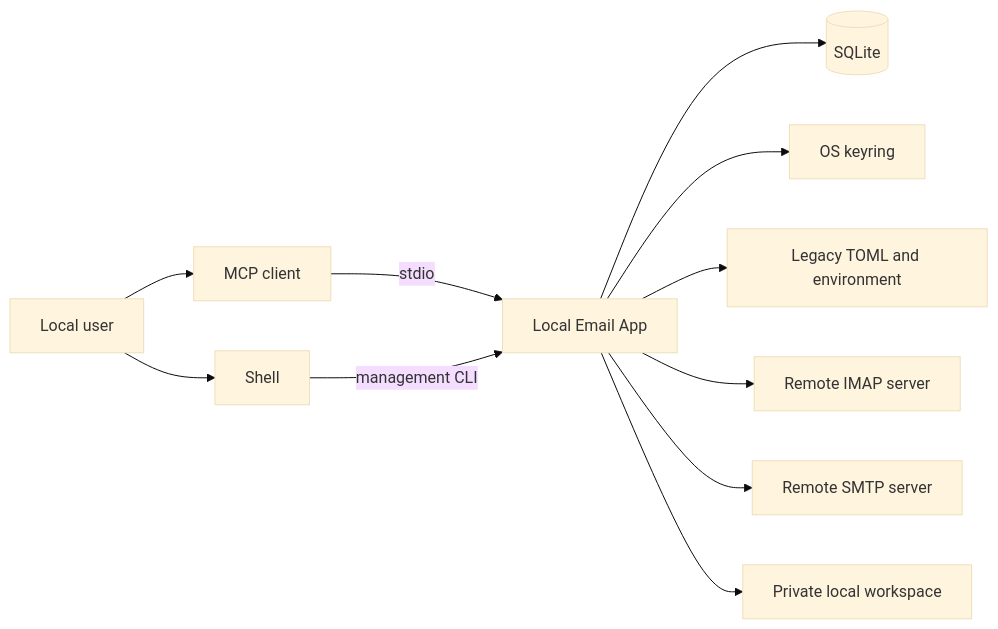
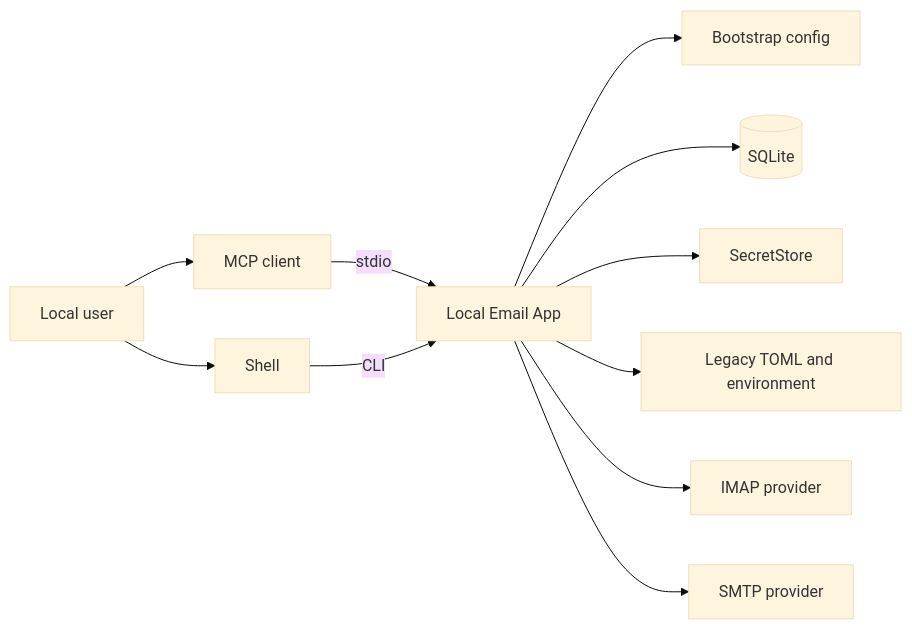
Before and after one commit to Wh1isper/mcp-email-server: the first of 2 diagrams in spec/01-system-context.md, drawn with Mermaid (base theme). The commit also changed other lines of this file and 14 other files, not shown here.

Commit message:
refactor: establish local email app MVP baseline

````diff
--- a/spec/01-system-context.md
+++ b/spec/01-system-context.md
@@ -22,24 +17,24 @@
 ```mermaid
 flowchart LR
     USER[Local user]
-    MCP_CLIENT[MCP client]
+    CLIENT[MCP client]
     SHELL[Shell]
     APP[Local Email App]
-    SQLITE[(SQLite)]
-    KEYRING[OS keyring]
+    BOOT[Bootstrap config]
+    DB[(SQLite)]
+    SECRETS[SecretStore]
     LEGACY[Legacy TOML and environment]
-    IMAP[Remote IMAP server]
-    SMTP[Remote SMTP server]
-    WORKSPACE[Private local workspace]
+    IMAP[IMAP provider]
+    SMTP[SMTP provider]
 
-    USER --> MCP_CLIENT
+    USER --> CLIENT
     USER --> SHELL
-    MCP_CLIENT -->|stdio| APP
-    SHELL -->|management CLI| APP
-    APP --> SQLITE
-    APP --> KEYRING
+    CLIENT -->|stdio| APP
+    SHELL -->|CLI| APP
+    APP --> BOOT
+    APP --> DB
+    APP --> SECRETS
     APP --> LEGACY
     APP --> IMAP
     APP --> SMTP
-    APP --> WORKSPACE
 ```
````
